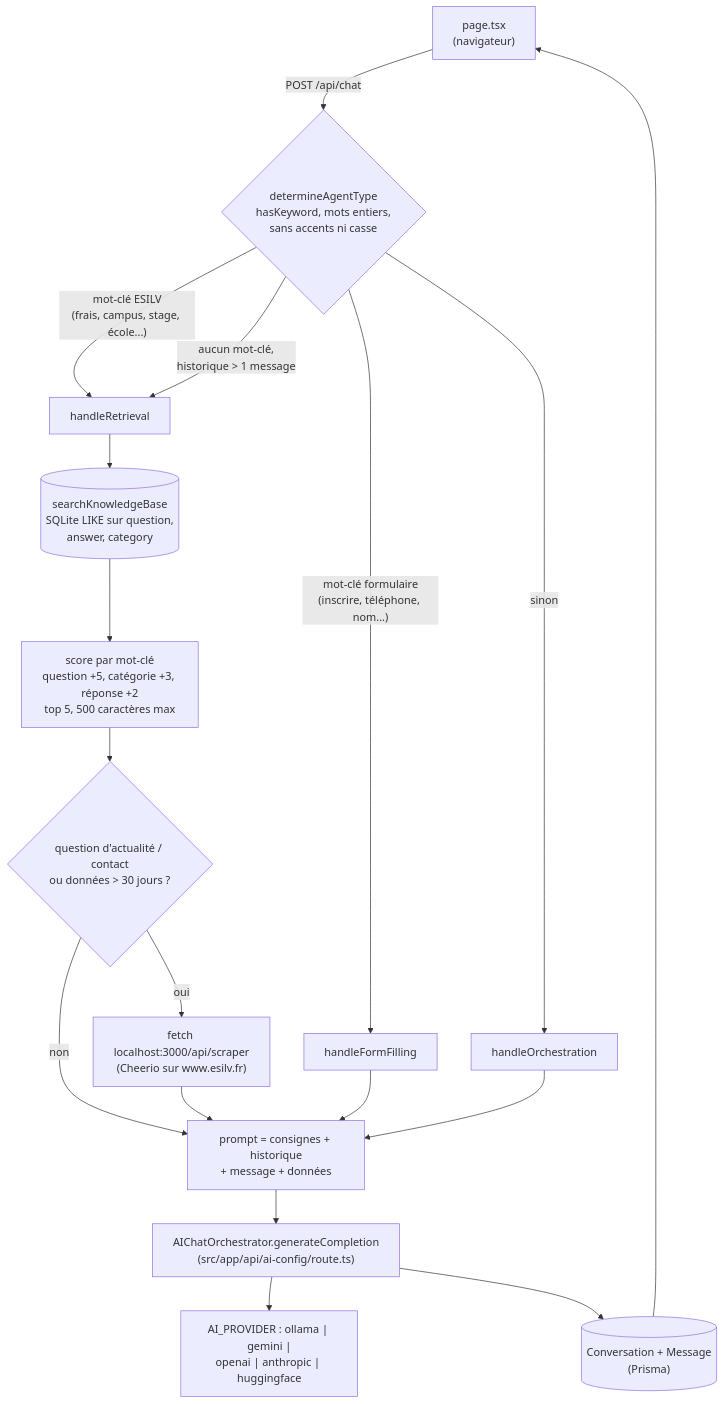
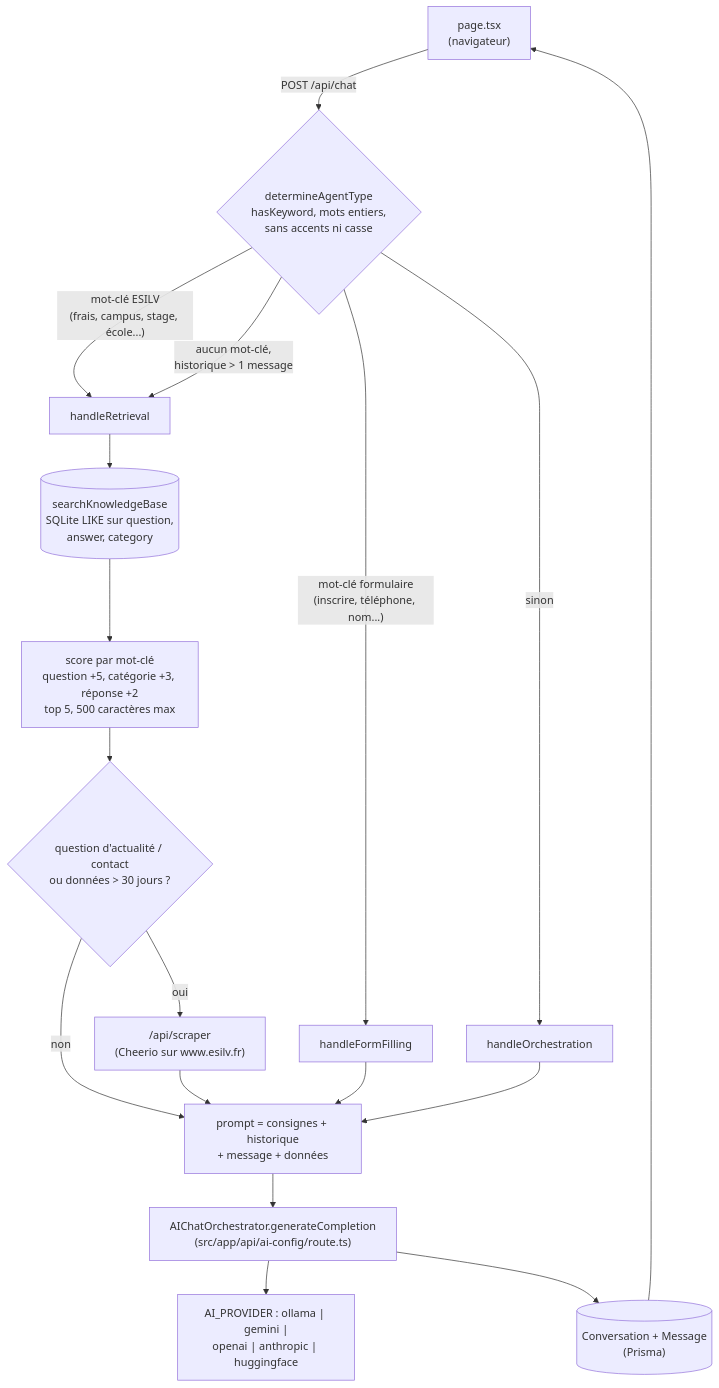
Before and after one commit to Farx1/esilvchatbot: the first of 2 diagrams in docs/ARCHITECTURE.md, drawn with Mermaid. The commit also changed other lines of this file and 1 other file, not shown here.

Commit message:
docs: reflect in-process internal calls and scraper protection from #8

````diff
--- a/docs/ARCHITECTURE.md
+++ b/docs/ARCHITECTURE.md
@@ -7,21 +7,21 @@
 ```mermaid
 flowchart TD
     UI["page.tsx<br/>(navigateur)"] -->|POST /api/chat| R{"determineAgentType<br/>hasKeyword, mots entiers,<br/>sans accents ni casse"}
     R -->|"mot-clé ESILV<br/>(frais, campus, stage, école...)"| RET[handleRetrieval]
     R -->|"mot-clé formulaire<br/>(inscrire, téléphone, nom...)"| FORM[handleFormFilling]
     R -->|"aucun mot-clé,<br/>historique > 1 message"| RET
     R -->|sinon| ORCH[handleOrchestration]
 
     RET --> KB[("searchKnowledgeBase<br/>SQLite LIKE sur question,<br/>answer, category")]
     KB --> SCORE["score par mot-clé<br/>question +5, catégorie +3, réponse +2<br/>top 5, 500 caractères max"]
     SCORE --> NEED{"question d'actualité / contact<br/>ou données > 30 jours ?"}
-    NEED -->|oui| SCR["fetch localhost:3000/api/scraper<br/>(Cheerio sur www.esilv.fr)"]
+    NEED -->|oui| SCR["/api/scraper<br/>(Cheerio sur www.esilv.fr)"]
     NEED -->|non| P
     SCR --> P["prompt = consignes + historique<br/>+ message + données"]
     FORM --> P
     ORCH --> P
     P --> LLM["AIChatOrchestrator.generateCompletion<br/>(src/app/api/ai-config/route.ts)"]
     LLM --> PROV["AI_PROVIDER : ollama | gemini |<br/>openai | anthropic | huggingface"]
     LLM --> SAVE[("Conversation + Message<br/>(Prisma)")]
     SAVE --> UI
 ```
````
